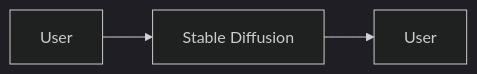
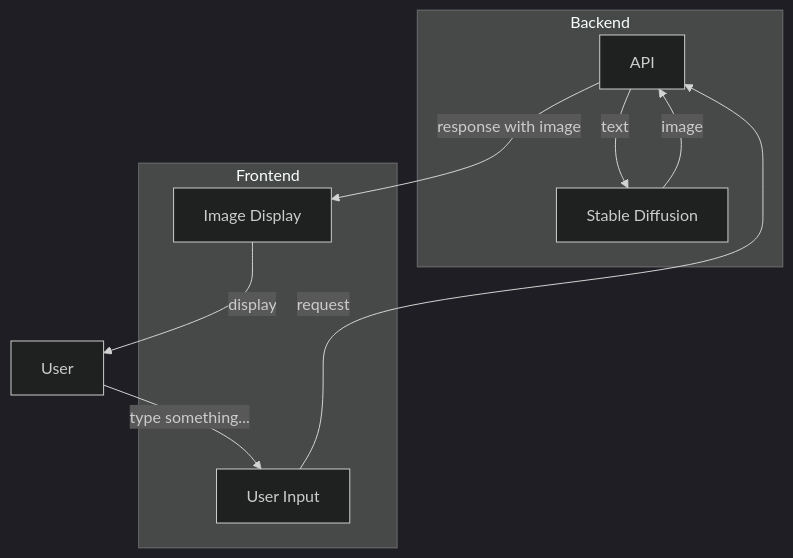
One commit to rainforest-tools/2023-summer-fullstack-workshop changed the diagram in fastapi/pages/midjourney.md. Above: the diagram before and after it, drawn with Mermaid (dark theme). The commit also changed other lines of this file and 6 other files, not shown here.

````diff
--- a/fastapi/pages/midjourney.md
+++ b/fastapi/pages/midjourney.md
@@ -6,5 +8,15 @@
 ```mermaid
-graph LR
-  A[User] --> B[Stable Diffusion]
-  B --> C[User]
+graph TB
+  subgraph Backend
+    API --text--> AI[Stable Diffusion]
+    AI --image--> API
+  end
+  subgraph Frontend
+    Input[User Input]
+    Image[Image Display]
+  end
+  Input --request--> API
+  API --response with image--> Image
+  User --"type something..."--> Input
+  Image --display--> User
 ```
````
